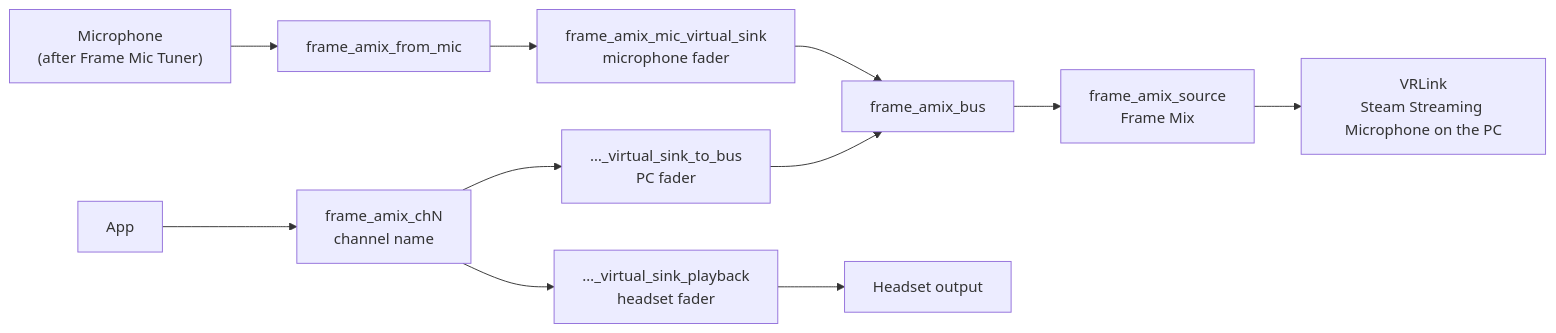
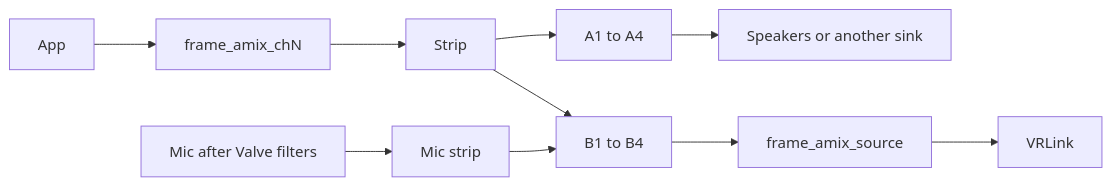
Before and after one commit to marcus-universe/frame-audio-mixer: the diagram in docs/how-it-works.md, drawn with Mermaid. The commit also changed other lines of this file and 47 other files, not shown here.

````diff
--- a/docs/how-it-works.md
+++ b/docs/how-it-works.md
@@ -7,11 +7,12 @@
 ```mermaid
 flowchart LR
-    mic["Microphone<br/>(after Frame Mic Tuner)"] --> from_mic[frame_amix_from_mic]
-    from_mic --> mic_fader["frame_amix_mic_virtual_sink<br/>microphone fader"]
-    mic_fader --> bus[frame_amix_bus]
-    app["App"] --> sink["frame_amix_chN<br/>channel name"]
-    sink --> phones["…_virtual_sink_playback<br/>headset fader"] --> out["Headset output"]
-    sink --> to_bus["…_virtual_sink_to_bus<br/>PC fader"] --> bus
-    bus --> source["frame_amix_source<br/>Frame Mix"]
-    source --> vrlink["VRLink<br/>Steam Streaming Microphone on the PC"]
+  appA[App] --> chSink["frame_amix_chN"]
+  micSrc["Mic after Valve filters"] --> micStrip["Mic strip"]
+  chSink --> chStrip["Strip"]
+  chStrip --> busA["A1 to A4"]
+  chStrip --> busB["B1 to B4"]
+  micStrip --> busB
+  busA --> speakers["Speakers or another sink"]
+  busB --> frameMix["frame_amix_source"]
+  frameMix --> vrlink["VRLink"]
 ```
````
